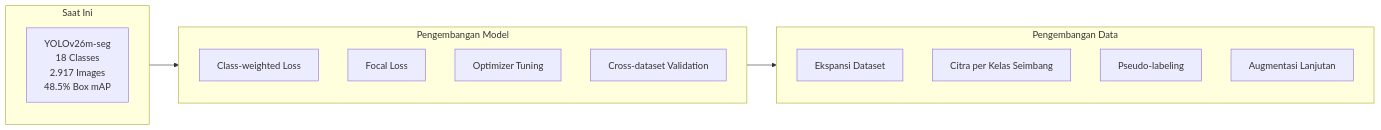
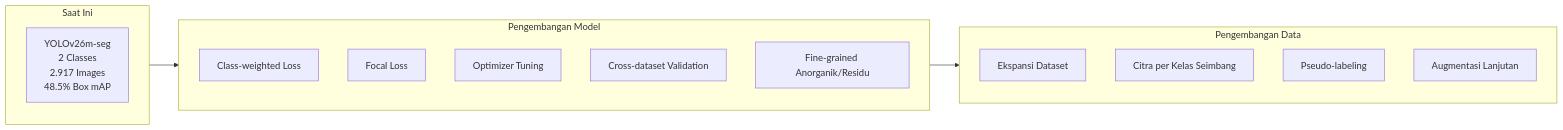
One commit to aryaw/SmartBin changed the second of 3 diagrams in proposalPaper/BAB V.md. Above: the diagram before and after it, drawn with Mermaid. The commit also changed other lines of this file and 18 other files, not shown here.

````diff
--- a/proposalPaper/BAB V.md
+++ b/proposalPaper/BAB V.md
@@ -60,23 +61,24 @@
 ```mermaid
 flowchart LR
     subgraph Now[Saat Ini]
-        N["YOLOv26m-seg<br/>18 Classes<br/>2.917 Images<br/>48.5% Box mAP"]
+        N["YOLOv26m-seg<br/>2 Classes<br/>2.917 Images<br/>48.5% Box mAP"]
     end
     
     subgraph Next[Pengembangan Model]
         N1["Class-weighted Loss"]
         N2["Focal Loss"]
         N3["Optimizer Tuning"]
         N4["Cross-dataset Validation"]
+        N5["Fine-grained Anorganik/Residu"]
     end
     
     subgraph Future[Pengembangan Data]
         F1["Ekspansi Dataset"]
         F2["Citra per Kelas Seimbang"]
         F3["Pseudo-labeling"]
         F4["Augmentasi Lanjutan"]
     end
     
     Now --> Next
     Next --> Future
 ```
````
